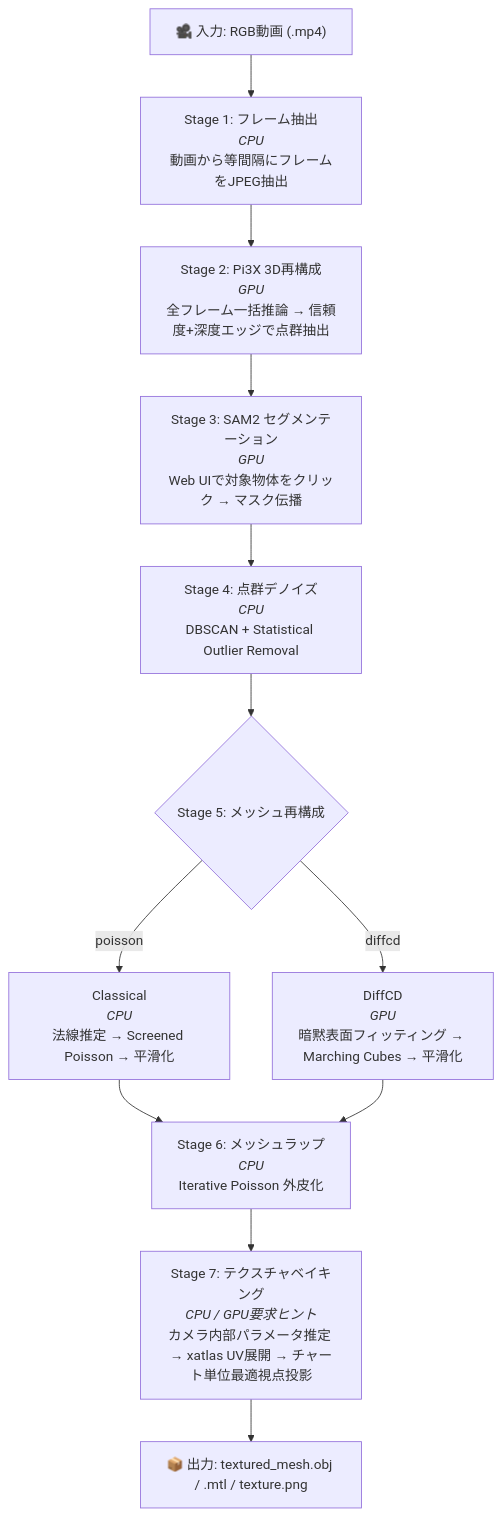
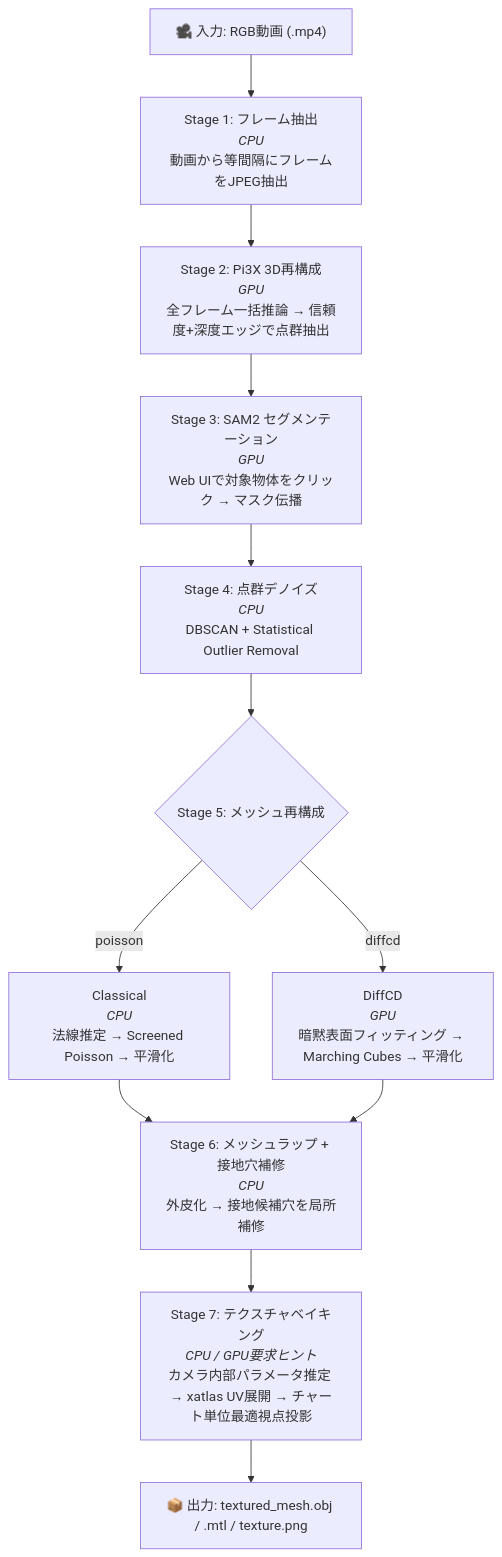
One commit to TANUKIpro/3d-recon-pipeline changed the diagram in README.md. Above: the diagram before and after it, drawn with Mermaid. The commit also changed other lines of this file and 12 other files, not shown here.

````diff
--- a/README.md
+++ b/README.md
@@ -15,21 +15,21 @@
 ```mermaid
 graph TD
     INPUT["🎥 入力: RGB動画 (.mp4)"]
     S1["Stage 1: フレーム抽出<br/><i>CPU</i><br/>動画から等間隔にフレームをJPEG抽出"]
     S2["Stage 2: Pi3X 3D再構成<br/><i>GPU</i><br/>全フレーム一括推論 → 信頼度+深度エッジで点群抽出"]
     S3["Stage 3: SAM2 セグメンテーション<br/><i>GPU</i><br/>Web UIで対象物体をクリック → マスク伝播"]
     S4["Stage 4: 点群デノイズ<br/><i>CPU</i><br/>DBSCAN + Statistical Outlier Removal"]
     S5{"Stage 5: メッシュ再構成"}
     S5C["Classical<br/><i>CPU</i><br/>法線推定 → Screened Poisson → 平滑化"]
     S5D["DiffCD<br/><i>GPU</i><br/>暗黙表面フィッティング → Marching Cubes → 平滑化"]
-    S6["Stage 6: メッシュラップ<br/><i>CPU</i><br/>Iterative Poisson 外皮化"]
+    S6["Stage 6: メッシュラップ + 接地穴補修<br/><i>CPU</i><br/>外皮化 → 接地候補穴を局所補修"]
     S7["Stage 7: テクスチャベイキング<br/><i>CPU / GPU要求ヒント</i><br/>カメラ内部パラメータ推定 → xatlas UV展開 → チャート単位最適視点投影"]
     OUTPUT["📦 出力: textured_mesh.obj / .mtl / texture.png"]
 
     INPUT --> S1 --> S2 --> S3 --> S4 --> S5
     S5 -->|poisson| S5C
     S5 -->|diffcd| S5D
     S5C --> S6
     S5D --> S6
     S6 --> S7 --> OUTPUT
 ```
````
